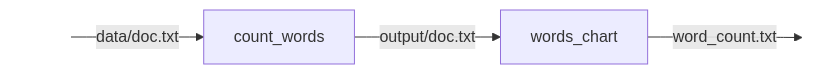
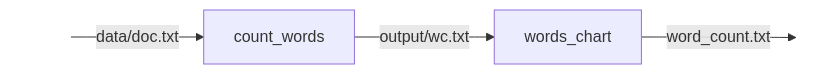
The second of 3 diagrams in modules/workflow-managers.md (OxfordRSE/softeng-daycourse), drawn with Mermaid before and after one commit. The commit also changed other lines of this file and 6 other files, not shown here.

````diff
--- a/modules/workflow-managers.md
+++ b/modules/workflow-managers.md
@@ -168,8 +168,8 @@
 ```mermaid
 graph LR
     A[ ]:::hidden --"data/doc.txt"--> B[count_words]
-    B --"output/doc.txt"--> C[words_chart]
+    B --"output/wc.txt"--> C[words_chart]
     C --"word_count.txt"--> D([ ]):::hidden
     style A stroke-dasharray: 5 5, fill-opacity:0, stroke-opacity:0;
     style D stroke-dasharray: 5 5, fill-opacity:0, stroke-opacity:0;
 ```
````
